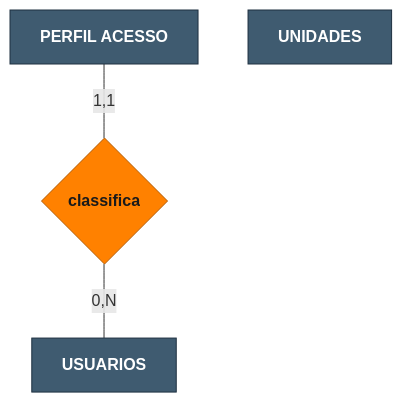
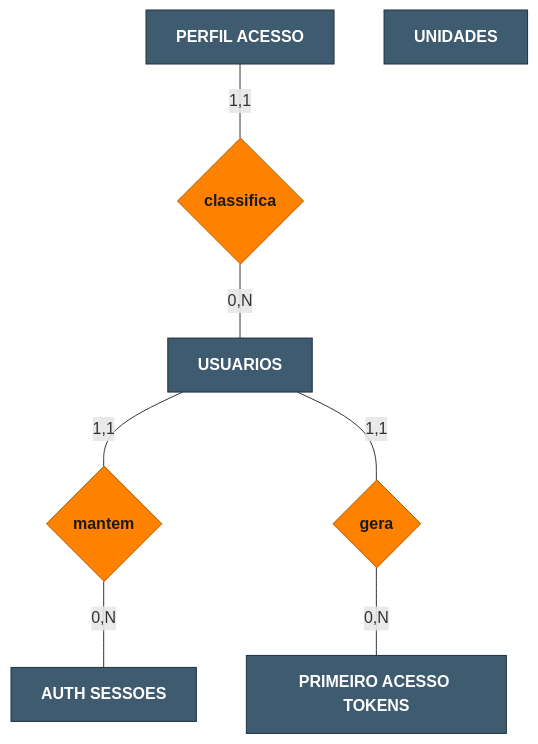
The fourth of 6 diagrams in documentos/wad.md (williamjrmaia/M-dulo-2---Aplica-o-Web-Atvos-), drawn with Mermaid before and after one commit. The commit also changed other lines of this file, not shown here.

````diff
--- a/documentos/wad.md
+++ b/documentos/wad.md
@@ -1876,12 +1878,18 @@
 ```mermaid
 flowchart TB
     classDef entity fill:#3F5B70,stroke:#1e3040,color:#fff,font-weight:bold
     classDef rel fill:#FF8100,stroke:#b35a00,color:#1a1a1a,font-weight:bold
 
     USUA[USUARIOS]:::entity
     PERF[PERFIL ACESSO]:::entity
     UNID[UNIDADES]:::entity
+    AUTH[AUTH SESSOES]:::entity
+    PAT[PRIMEIRO ACESSO TOKENS]:::entity
 
     Rclass{classifica}:::rel
+    Rsess{mantem}:::rel
+    Rprim{gera}:::rel
     PERF -- "1,1" --- Rclass -- "0,N" --- USUA
+    USUA -- "1,1" --- Rsess -- "0,N" --- AUTH
+    USUA -- "1,1" --- Rprim -- "0,N" --- PAT
 ```
````
